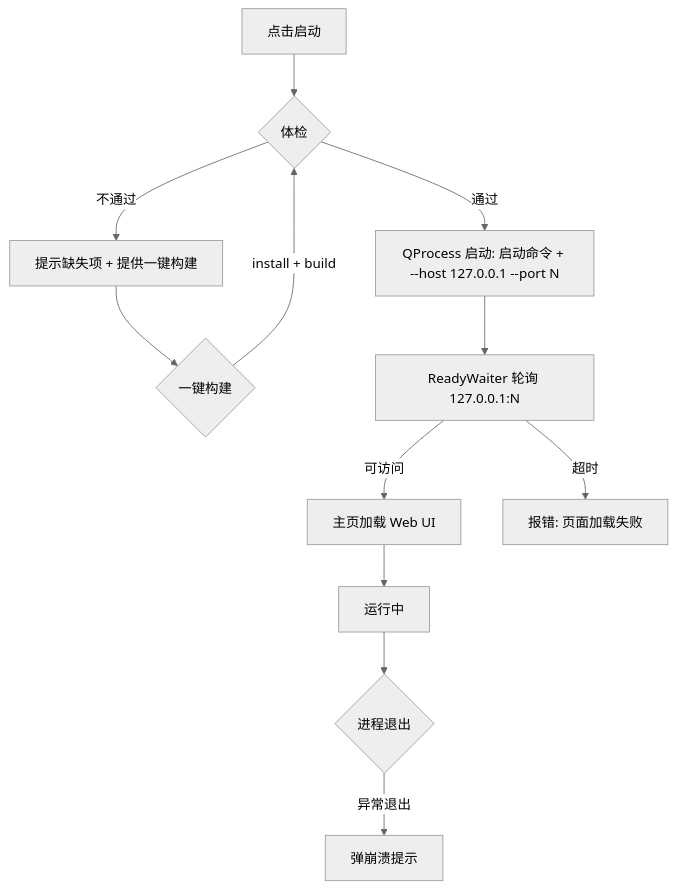
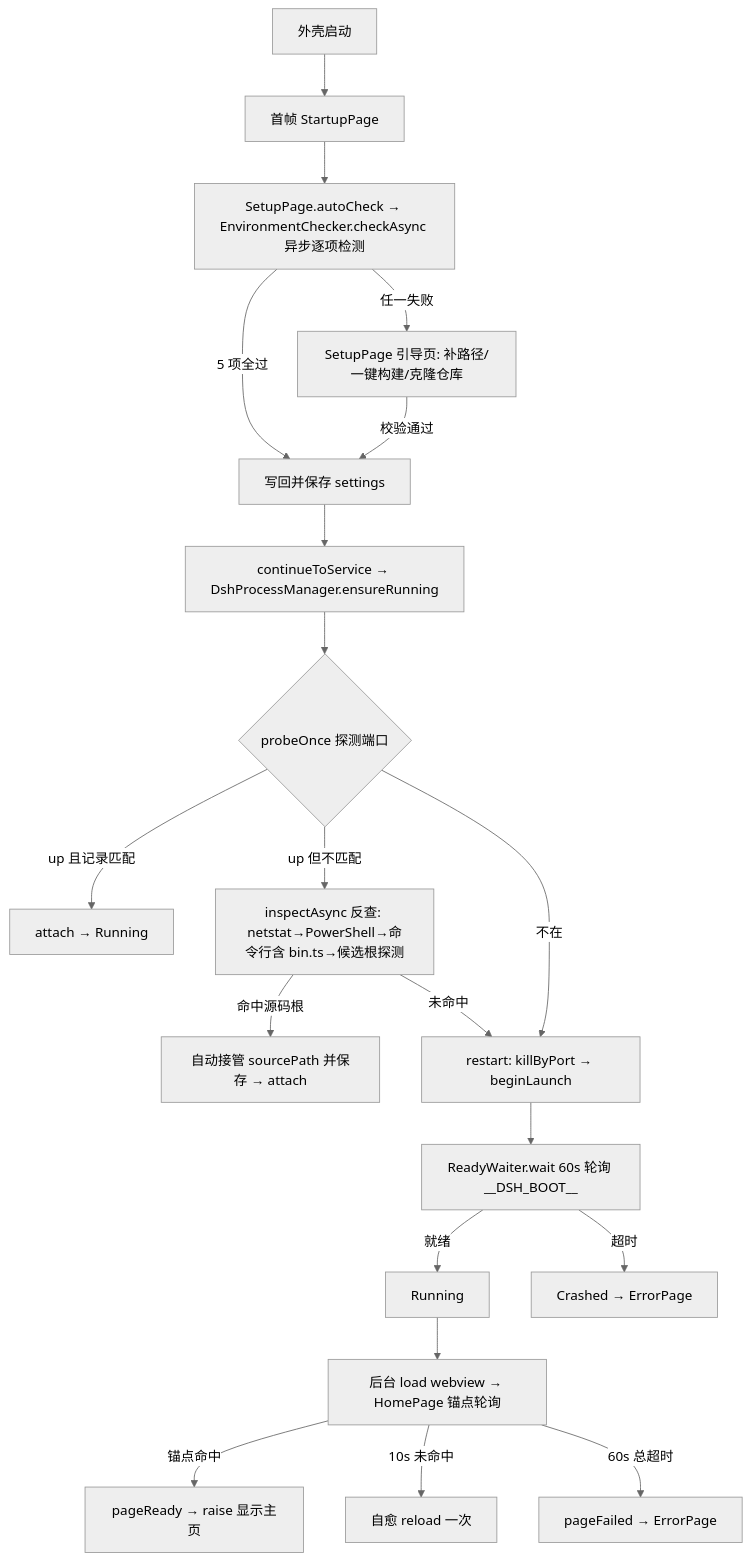
The second of 3 diagrams in docs/implementation.md (Cowenzuo/deepseek-harness-in-qt), drawn with Mermaid (neutral theme) before and after one commit. The commit also changed other lines of this file and 9 other files, not shown here.

````diff
--- a/docs/implementation.md
+++ b/docs/implementation.md
@@ -137,14 +193,22 @@
 ```mermaid
 flowchart TD
-    A[点击启动] --> B{体检}
-    B -->|不通过| C[提示缺失项 + 提供一键构建]
-    C --> D{一键构建}
-    D -->|install + build| B
-    B -->|通过| E[QProcess 启动: 启动命令 + --host 127.0.0.1 --port N]
-    E --> F[ReadyWaiter 轮询 127.0.0.1:N]
-    F -->|可访问| G[主页加载 Web UI]
-    F -->|超时| H[报错: 页面加载失败]
-    G --> I[运行中]
-    I --> J{进程退出}
-    J -->|异常退出| K[弹崩溃提示]
+    A[外壳启动] --> B[首帧 StartupPage]
+    B --> C[SetupPage.autoCheck → EnvironmentChecker.checkAsync 异步逐项检测]
+    C -->|5 项全过| D[写回并保存 settings]
+    C -->|任一失败| E[SetupPage 引导页: 补路径/一键构建/克隆仓库]
+    E -->|校验通过| D
+    D --> F[continueToService → DshProcessManager.ensureRunning]
+    F --> G{probeOnce 探测端口}
+    G -->|up 且记录匹配| H[attach → Running]
+    G -->|up 但不匹配| I[inspectAsync 反查: netstat→PowerShell→命令行含 bin.ts→候选根探测]
+    I -->|命中源码根| J[自动接管 sourcePath 并保存 → attach]
+    I -->|未命中| K[restart: killByPort → beginLaunch]
+    G -->|不在| K
+    K --> L[ReadyWaiter.wait 60s 轮询 __DSH_BOOT__]
+    L -->|就绪| M[Running]
+    L -->|超时| N[Crashed → ErrorPage]
+    M --> O[后台 load webview → HomePage 锚点轮询]
+    O -->|锚点命中| P[pageReady → raise 显示主页]
+    O -->|10s 未命中| Q[自愈 reload 一次]
+    O -->|60s 总超时| R[pageFailed → ErrorPage]
 ```
````
